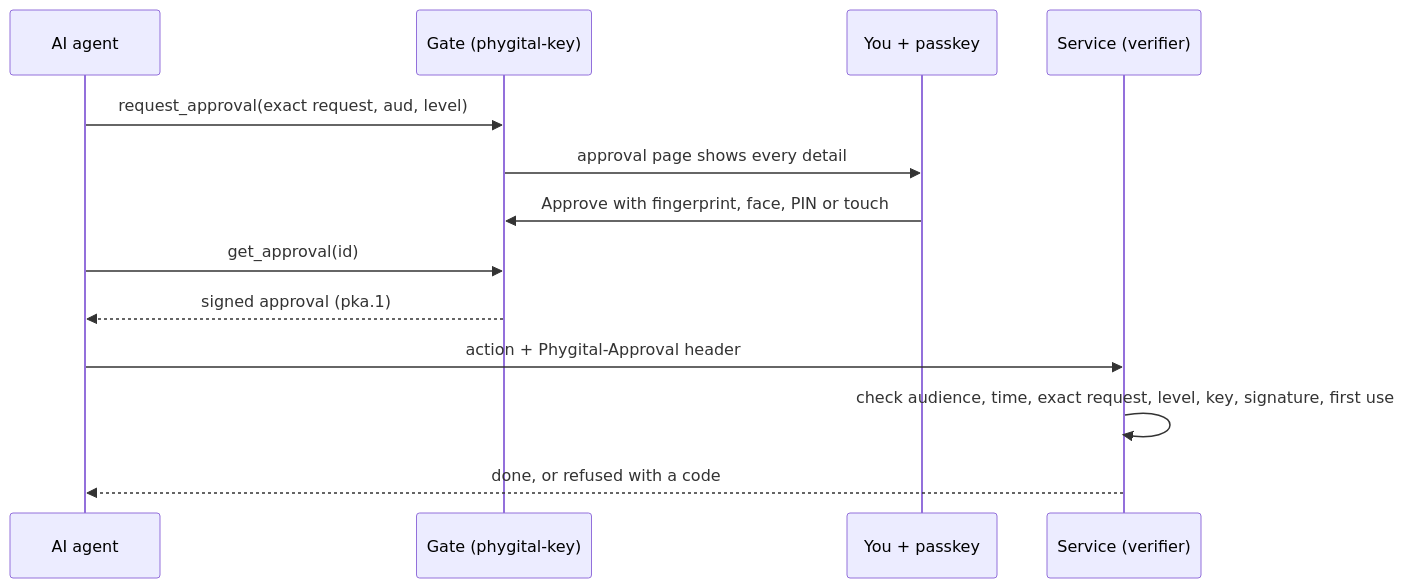
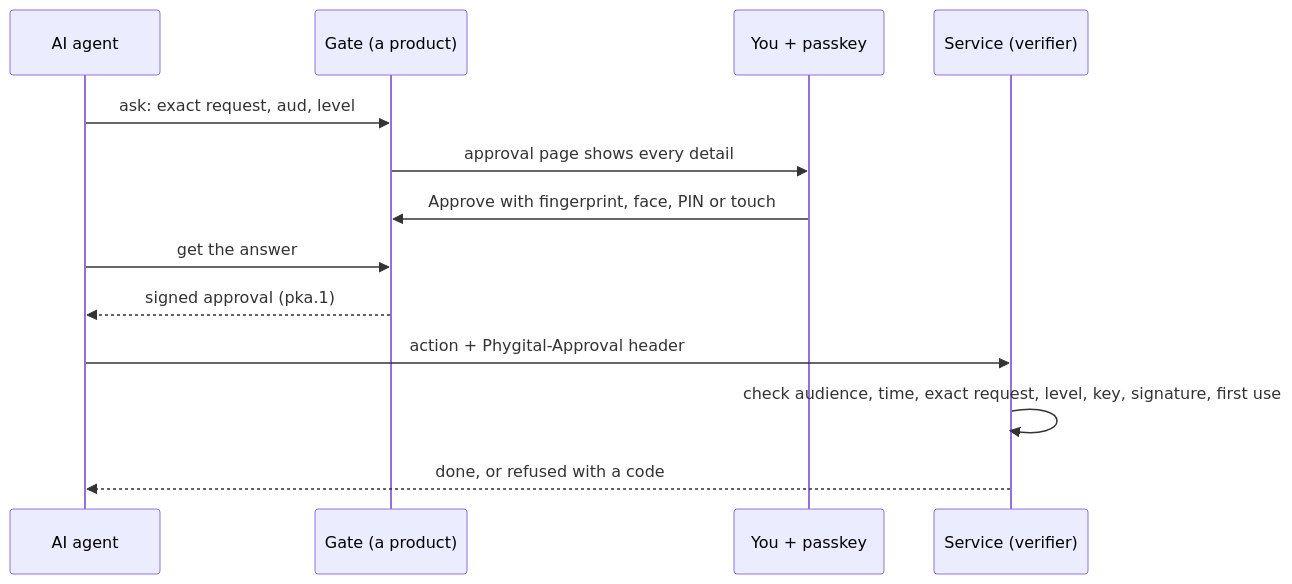
Before and after one commit to Phygital-Key/phygital-key: the second of 3 diagrams in README.md, drawn with Mermaid. The commit also changed other lines of this file and 114 other files, not shown here.

Commit message:
Split into a shared base: the gate becomes the phygital-key-gate library (Product + Adapter), installers and release scripts become product templates; MCP moves to Phygital-Key/phygital-key-mcp, A2A is Phygital-Key/phygital-key-a2a; docs made product-neutral; v0.4.0

````diff
--- a/README.md
+++ b/README.md
@@ -72,15 +113,15 @@
 ```mermaid
 sequenceDiagram
     participant A as AI agent
-    participant G as Gate (phygital-key)
+    participant G as Gate (a product)
     participant P as You + passkey
     participant S as Service (verifier)
-    A->>G: request_approval(exact request, aud, level)
+    A->>G: ask: exact request, aud, level
     G->>P: approval page shows every detail
     P->>G: Approve with fingerprint, face, PIN or touch
-    A->>G: get_approval(id)
+    A->>G: get the answer
     G-->>A: signed approval (pka.1)
     A->>S: action + Phygital-Approval header
     S->>S: check audience, time, exact request, level, key, signature, first use
     S-->>A: done, or refused with a code
 ```
````
